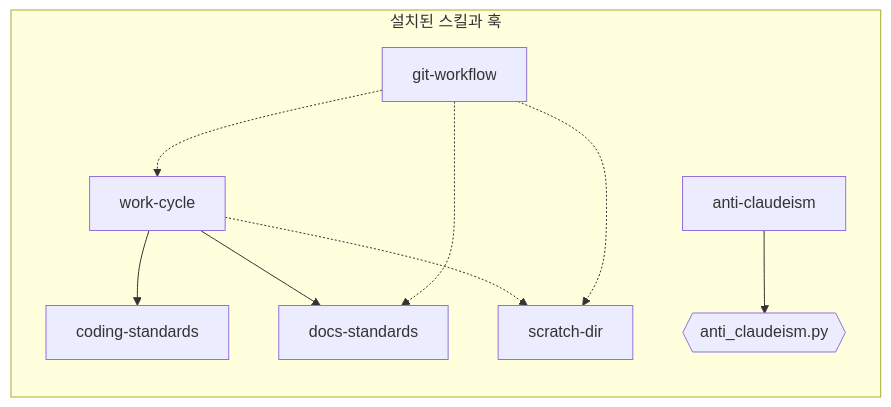
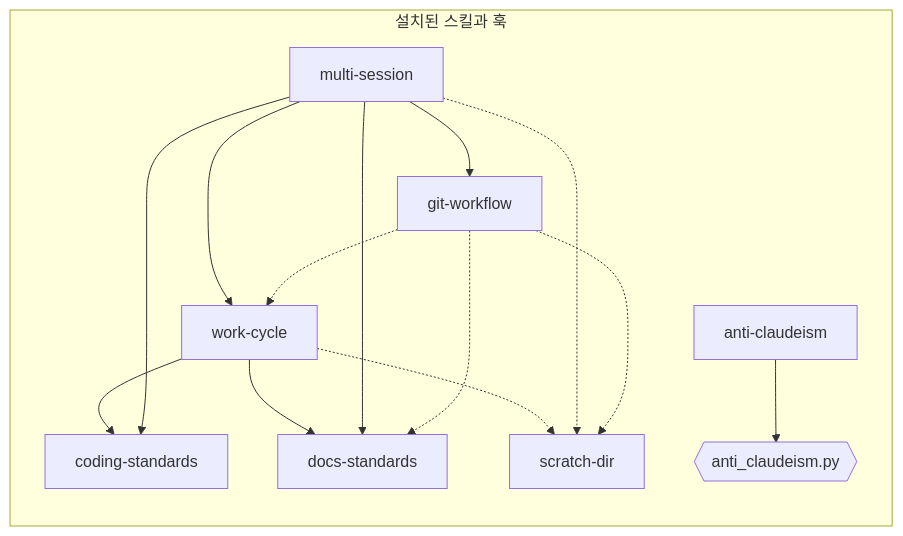
The diagram in docs/architecture/component-dependency.md (nil-park/claude-workflow-kit), drawn with Mermaid before and after one commit. The commit also changed 7 other files, not shown here.

First line of the commit message:
feat: add a Claude Code-only multi-session bootstrap skill (#53)

````diff
--- a/docs/architecture/component-dependency.md
+++ b/docs/architecture/component-dependency.md
@@ -3,20 +3,26 @@
 ```mermaid
 flowchart LR
   subgraph inst["설치된 스킬과 훅"]
     wc["work-cycle"]
     cs["coding-standards"]
     ds["docs-standards"]
     sd["scratch-dir"]
     gw["git-workflow"]
     ac["anti-claudeism"]
+    ms["multi-session"]
     hook{{"anti_claudeism.py"}}
   end
 
   wc --> cs
   wc --> ds
   wc -.-> sd
+  ms --> gw
+  ms --> wc
+  ms --> cs
+  ms --> ds
+  ms -.-> sd
   gw -.-> wc
   gw -.-> ds
   gw -.-> sd
   ac --> hook
 ```
````
